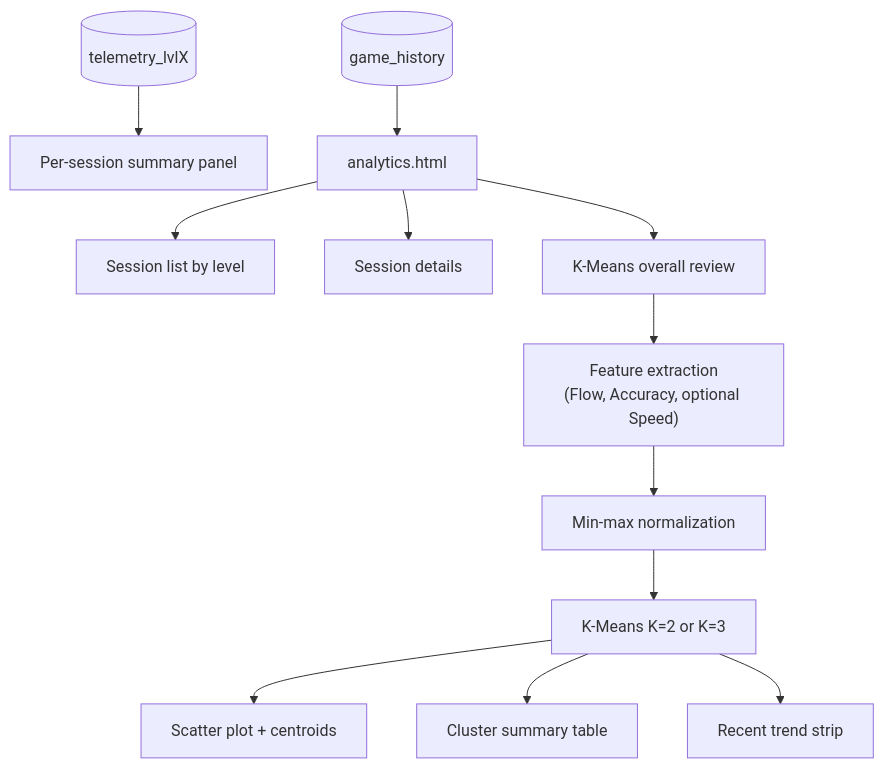
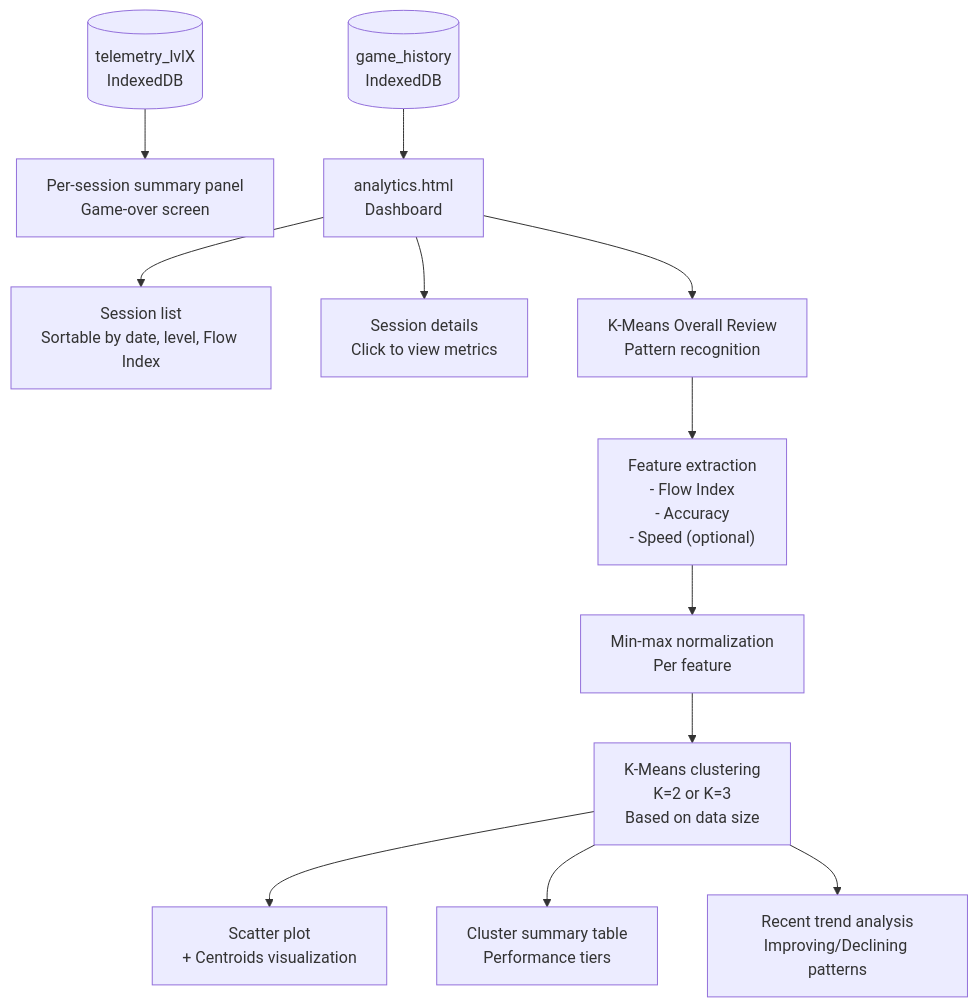
One commit to DDMYmia/Memory-Game-He-Maumahara changed the fifth of 10 diagrams in docs/SYSTEM_DIAGRAMS.md. Above: the diagram before and after it, drawn with Mermaid. The commit also changed other lines of this file and 3 other files, not shown here.

````diff
--- a/docs/SYSTEM_DIAGRAMS.md
+++ b/docs/SYSTEM_DIAGRAMS.md
@@ -158,14 +242,14 @@
 ```mermaid
 flowchart TD
-    Tel[(telemetry_lvlX)] --> Sum[Per-session summary panel]
-    Hist[(game_history)] --> Dash[analytics.html]
-    Dash --> List[Session list by level]
-    Dash --> Detail[Session details]
-    Dash --> Overall[K-Means overall review]
-    Overall --> Feat["Feature extraction<br/>(Flow, Accuracy, optional Speed)"]
-    Feat --> Norm[Min-max normalization]
-    Norm --> KM[K-Means K=2 or K=3]
-    KM --> Plot[Scatter plot + centroids]
-    KM --> Table[Cluster summary table]
-    KM --> Trend[Recent trend strip]
+    Tel[("telemetry_lvlX<br/>IndexedDB")] --> Sum[Per-session summary panel<br/>Game-over screen]
+    Hist[("game_history<br/>IndexedDB")] --> Dash[analytics.html<br/>Dashboard]
+    Dash --> List[Session list<br/>Sortable by date, level, Flow Index]
+    Dash --> Detail[Session details<br/>Click to view metrics]
+    Dash --> Overall[K-Means Overall Review<br/>Pattern recognition]
+    Overall --> Feat["Feature extraction<br/>- Flow Index<br/>- Accuracy<br/>- Speed (optional)"]
+    Feat --> Norm[Min-max normalization<br/>Per feature]
+    Norm --> KM["K-Means clustering<br/>K=2 or K=3<br/>Based on data size"]
+    KM --> Plot[Scatter plot<br/>+ Centroids visualization]
+    KM --> Table[Cluster summary table<br/>Performance tiers]
+    KM --> Trend[Recent trend analysis<br/>Improving/Declining patterns]
 ```
````
